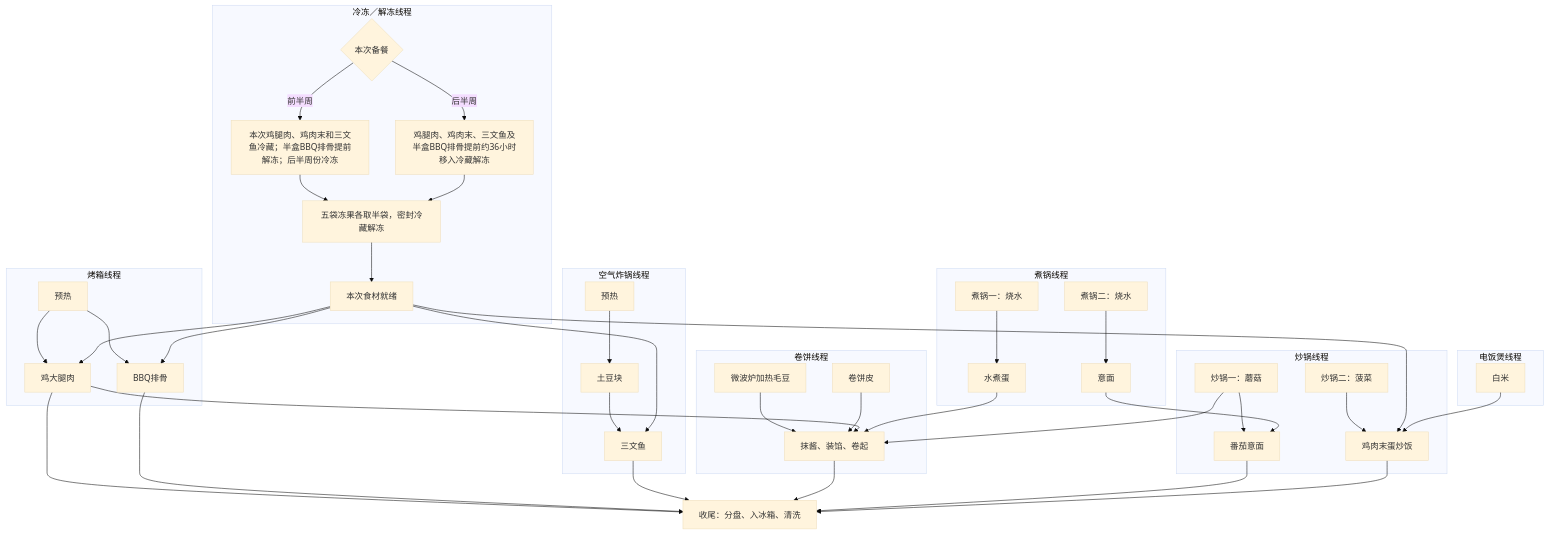
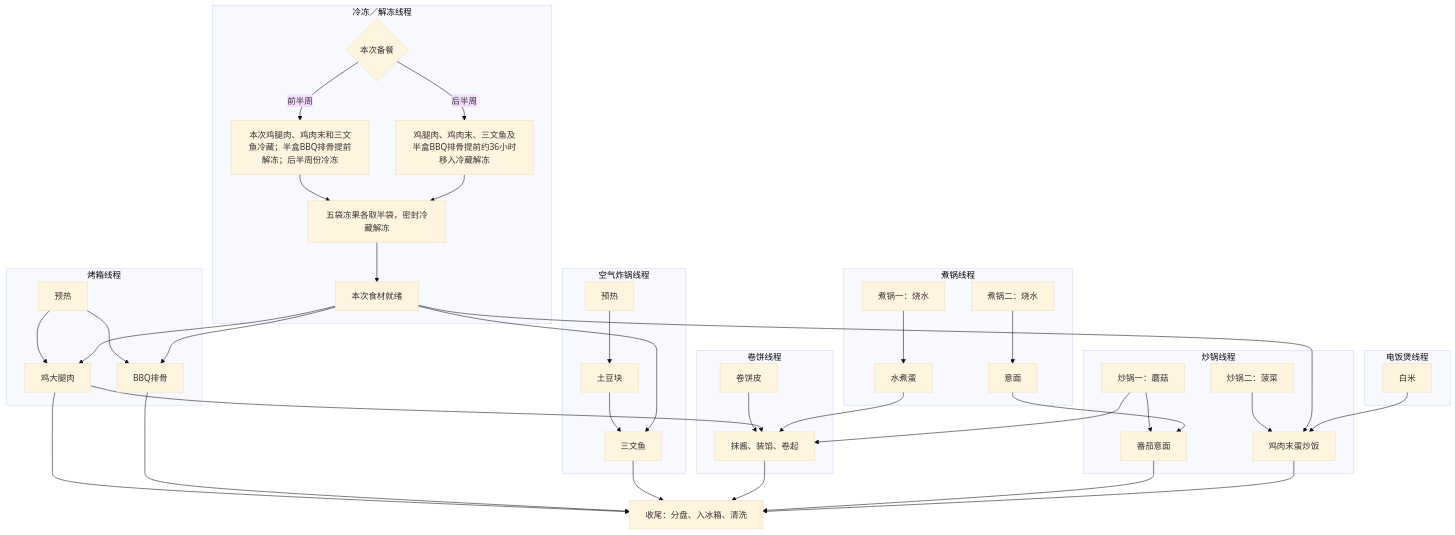
Before and after one commit to yunhaixiang/yhmath: the diagram in content/posts/healthy-eating-plan.md, drawn with Mermaid (base theme). The commit also changed other lines of this file and 9 other files, not shown here.

````diff
--- a/content/posts/healthy-eating-plan.md
+++ b/content/posts/healthy-eating-plan.md
@@ -109,47 +108,46 @@
 ```mermaid
 flowchart TB
     subgraph cold[冷冻／解冻线程]
         C0{本次备餐} -->|前半周| C1[本次鸡腿肉、鸡肉末和三文鱼冷藏；半盒BBQ排骨提前解冻；后半周份冷冻]
         C0 -->|后半周| C2[鸡腿肉、鸡肉末、三文鱼及半盒BBQ排骨提前约36小时移入冷藏解冻]
         C1 --> C4[五袋冻果各取半袋，密封冷藏解冻]
         C2 --> C4
         C4 --> C3[本次食材就绪]
     end
     subgraph rice[电饭煲线程]
         SR[白米]
     end
     subgraph oven[烤箱线程]
         SO0[预热] --> SO2[鸡大腿肉]
         SO0 --> SO1[BBQ排骨]
     end
     subgraph air[空气炸锅线程]
         SA0[预热] --> SA4[土豆块] --> SA1[三文鱼]
     end
     subgraph pots[煮锅线程]
         SP0[煮锅一：烧水] --> SP2[水煮蛋]
         SP3[煮锅二：烧水] --> SP1[意面]
     end
     subgraph woks[炒锅线程]
         SW1[炒锅一：蘑菇] --> SW3[番茄意面]
         SW2[炒锅二：菠菜] --> SW4[鸡肉末蛋炒饭]
     end
     subgraph wraps[卷饼线程]
-        SM[微波炉加热毛豆] --> ST1[抹酱、装馅、卷起]
-        ST[卷饼皮] --> ST1
+        ST[卷饼皮] --> ST1[抹酱、装馅、卷起]
     end
     C3 --> SO2
     C3 --> SO1
     C3 --> SA1
     C3 --> SW4
     SR --> SW4
     SP1 --> SW3
     SO2 --> SF[收尾：分盘、入冰箱、清洗]
     SO2 --> ST1
     SO1 --> SF
     SA1 --> SF
     SP2 --> ST1
     SW1 --> ST1
     ST1 --> SF
     SW3 --> SF
     SW4 --> SF
 ```
````
